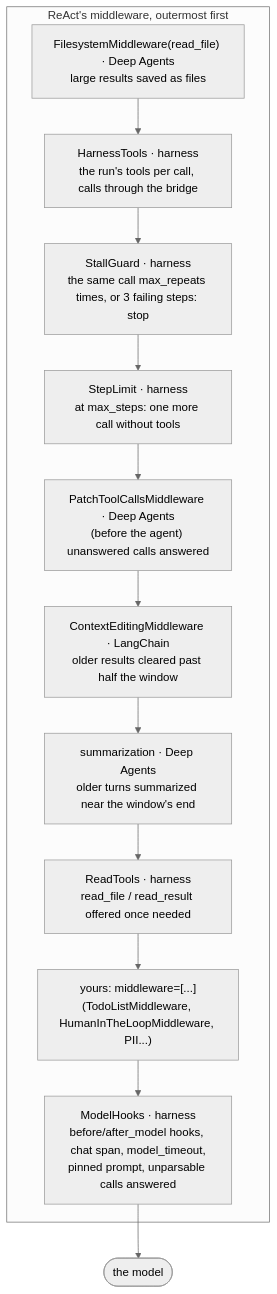
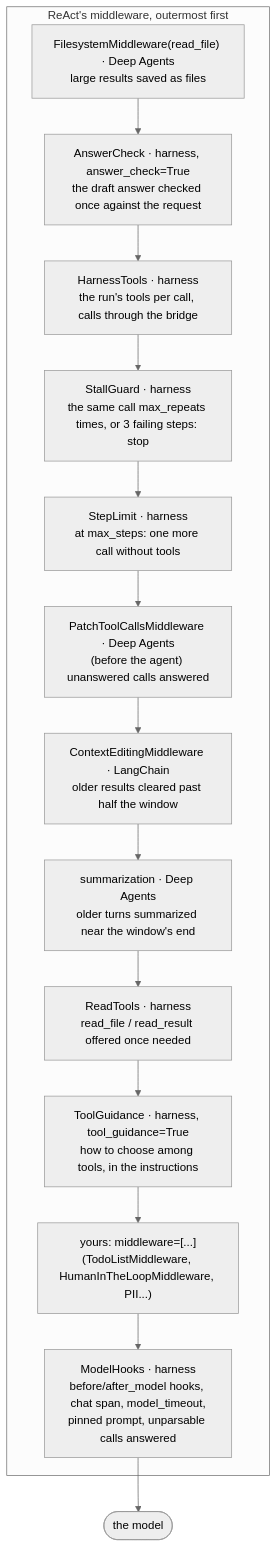
One commit to amitmohapatra/agent-harness changed the ninth of 10 diagrams in docs/architecture.md. Above: the diagram before and after it, drawn with Mermaid (neutral theme). The commit also changed other lines of this file and 4 other files, not shown here.

````diff
--- a/docs/architecture.md
+++ b/docs/architecture.md
@@ -451,16 +453,18 @@
 ```mermaid
 flowchart TB
   subgraph stack["ReAct's middleware, outermost first"]
     fs["FilesystemMiddleware(read_file) · Deep Agents<br/>large results saved as files"]
+    ac["AnswerCheck · harness, answer_check=True<br/>the draft answer checked once against the request"]
     ht["HarnessTools · harness<br/>the run's tools per call, calls through the bridge"]
     sg["StallGuard · harness<br/>the same call max_repeats times, or 3 failing steps: stop"]
     sl["StepLimit · harness<br/>at max_steps: one more call without tools"]
     pt["PatchToolCallsMiddleware · Deep Agents<br/>(before the agent) unanswered calls answered"]
     ce["ContextEditingMiddleware · LangChain<br/>older results cleared past half the window"]
     su["summarization · Deep Agents<br/>older turns summarized near the window's end"]
     rt["ReadTools · harness<br/>read_file / read_result offered once needed"]
+    tg["ToolGuidance · harness, tool_guidance=True<br/>how to choose among tools, in the instructions"]
     yours["yours: middleware=[...]<br/>(TodoListMiddleware, HumanInTheLoopMiddleware, PII...)"]
     mh["ModelHooks · harness<br/>before/after_model hooks, chat span, model_timeout,<br/>pinned prompt, unparsable calls answered"]
   end
-  fs --> ht --> sg --> sl --> pt --> ce --> su --> rt --> yours --> mh --> model(["the model"])
+  fs --> ac --> ht --> sg --> sl --> pt --> ce --> su --> rt --> tg --> yours --> mh --> model(["the model"])
 ```
````
